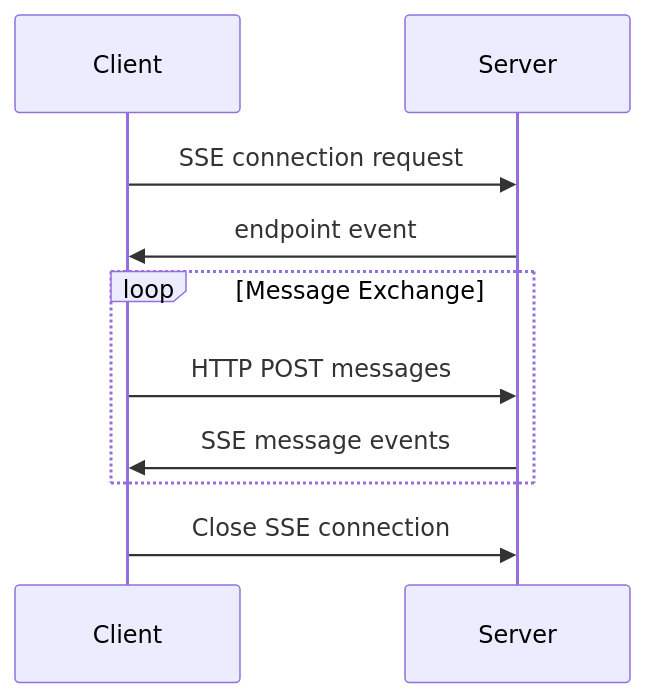
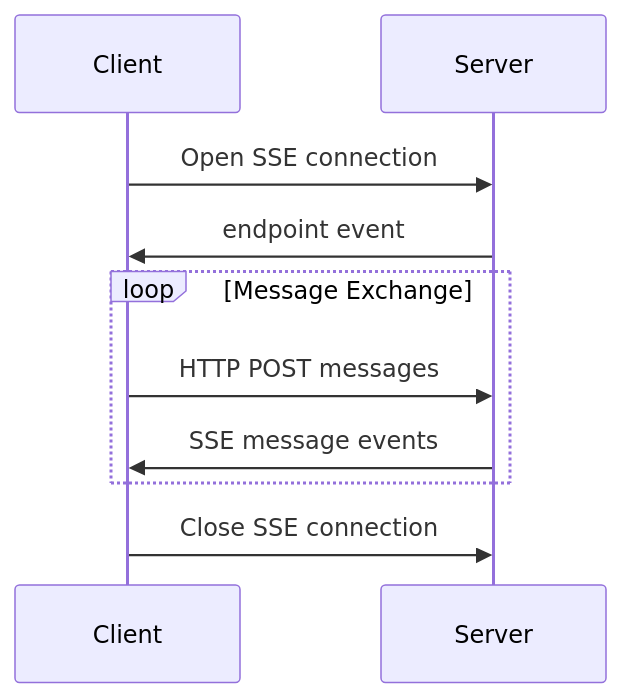
One commit to zcstarr/modelcontextprotocol changed the second of 2 diagrams in docs/specification/basic/transports.md. Above: the diagram before and after it, drawn with Mermaid. The commit also changed other lines of this file, not shown here.

````diff
--- a/docs/specification/basic/transports.md
+++ b/docs/specification/basic/transports.md
@@ -43,13 +54,13 @@
 ```mermaid
 sequenceDiagram
     participant Client
     participant Server
 
-    Client->>Server: SSE connection request
+    Client->>Server: Open SSE connection
     Server->>Client: endpoint event
     loop Message Exchange
         Client->>Server: HTTP POST messages
         Server->>Client: SSE message events
     end
     Client->>Server: Close SSE connection
 ```
````
